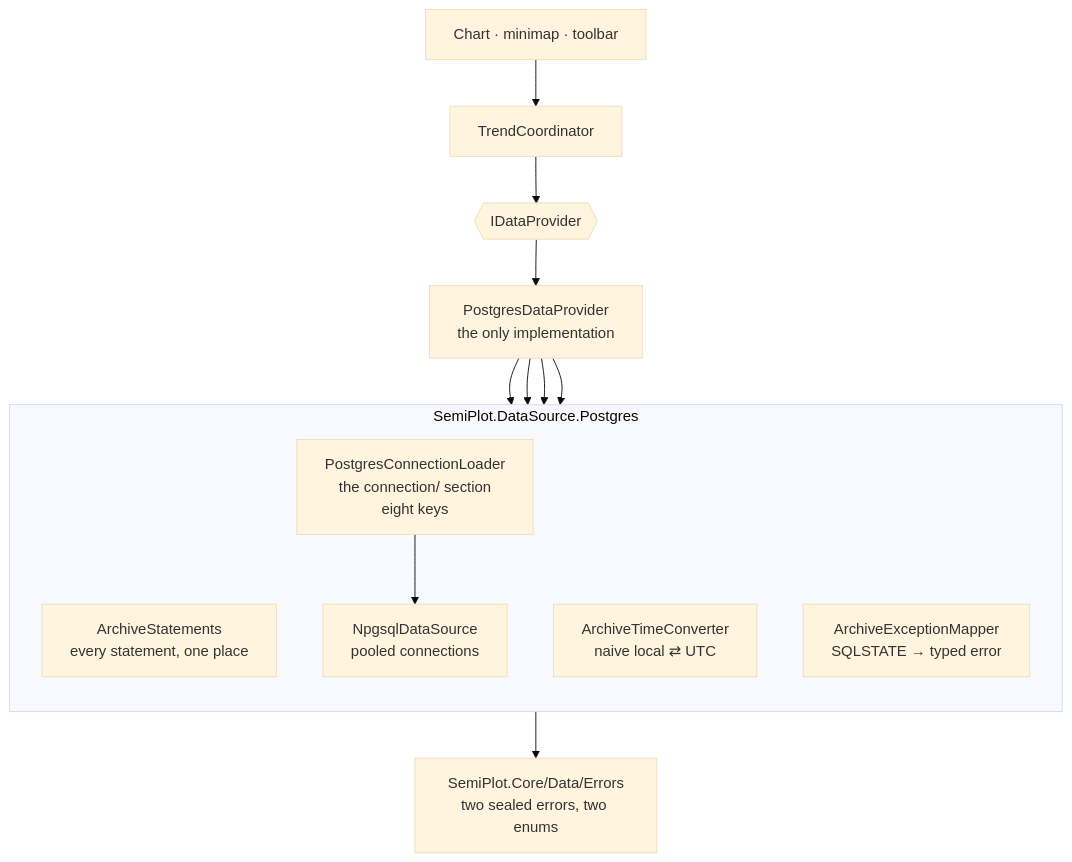
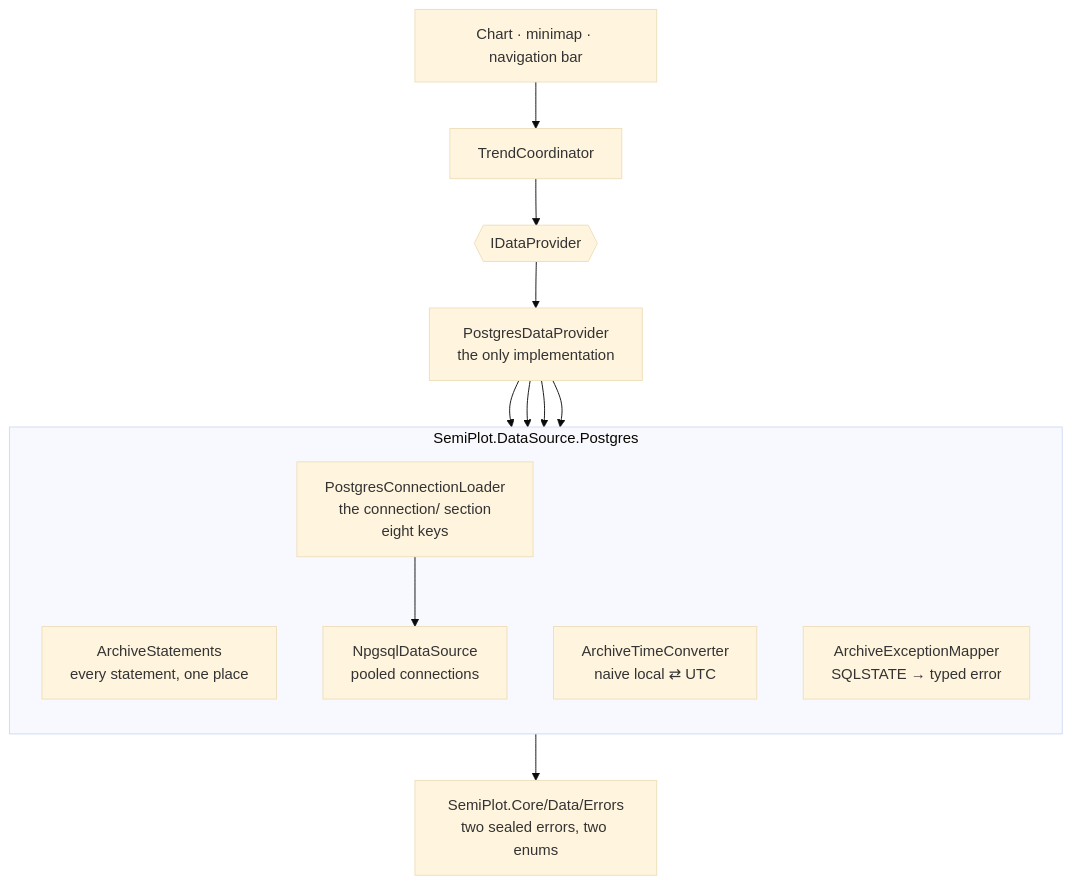
Before and after one commit to Semiteq/SemiPlot: the third of 5 diagrams in docs/architecture/postgres-topology.md, drawn with Mermaid (base theme). The commit also changed other lines of this file and 86 other files, not shown here.

````diff
--- a/docs/architecture/postgres-topology.md
+++ b/docs/architecture/postgres-topology.md
@@ -83,27 +83,27 @@
 ```mermaid
 flowchart TB
-    ui["Chart · minimap · toolbar"]
+    ui["Chart · minimap · navigation bar"]
     coord["TrendCoordinator"]
     iface{{"IDataProvider"}}
     pg["PostgresDataProvider<br/>the only implementation"]
 
     subgraph plumbing["SemiPlot.DataSource.Postgres"]
         direction TB
         stmts["ArchiveStatements<br/>every statement, one place"]
         ds["NpgsqlDataSource<br/>pooled connections"]
         conv["ArchiveTimeConverter<br/>naive local ⇄ UTC"]
         mapper["ArchiveExceptionMapper<br/>SQLSTATE → typed error"]
         loader["PostgresConnectionLoader<br/>the connection/ section<br/>eight keys"]
     end
 
     errs["SemiPlot.Core/Data/Errors<br/>two sealed errors, two enums"]
 
     ui --> coord --> iface
     iface --> pg
     pg --> stmts
     pg --> ds
     pg --> conv
     pg --> mapper
     loader --> ds
     mapper --> errs
 ```
````
